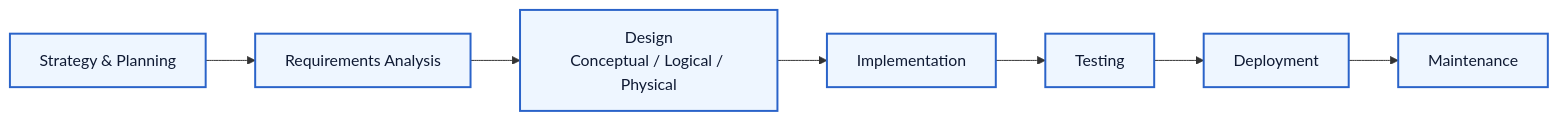
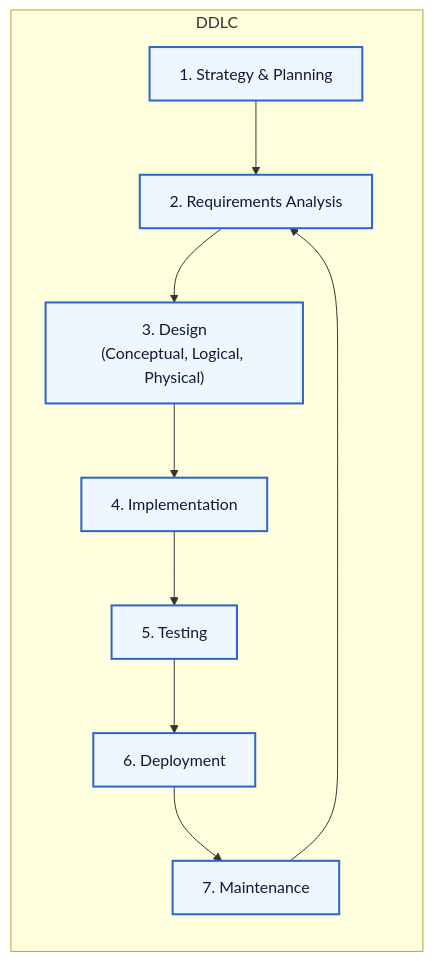
Before and after one commit to ehsan18t/interdocs: the first of 2 diagrams in docs/dbms/ch3-modeling.md, drawn with Mermaid. The commit also changed other lines of this file, not shown here.

`````diff
--- a/docs/dbms/ch3-modeling.md
+++ b/docs/dbms/ch3-modeling.md
@@ -20,11 +33,15 @@
 ```mermaid
-flowchart LR
-    Strategy["Strategy & Planning"] --> Requirements["Requirements Analysis"]
-    Requirements --> Design["Design<br/>Conceptual / Logical / Physical"]
-    Design --> Implementation
-    Implementation --> Testing
-    Testing --> Deployment
-    Deployment --> Maintenance
+graph TD
+    subgraph DDLC
+        direction TB
+        Strategy["1. Strategy & Planning"] --> Requirements["2. Requirements Analysis"];
+        Requirements --> Design["3. Design<br/>(Conceptual, Logical, Physical)"];
+        Design --> Implementation["4. Implementation"];
+        Implementation --> Testing["5. Testing"];
+        Testing --> Deployment["6. Deployment"];
+        Deployment --> Maintenance["7. Maintenance"];
+        Maintenance --> Requirements;
+    end
     classDef phase fill:#eef6ff,stroke:#2a63c9,stroke-width:2px,color:#0f1a33;
     class Strategy,Requirements,Design,Implementation,Testing,Deployment,Maintenance phase;
-```
+````
`````
